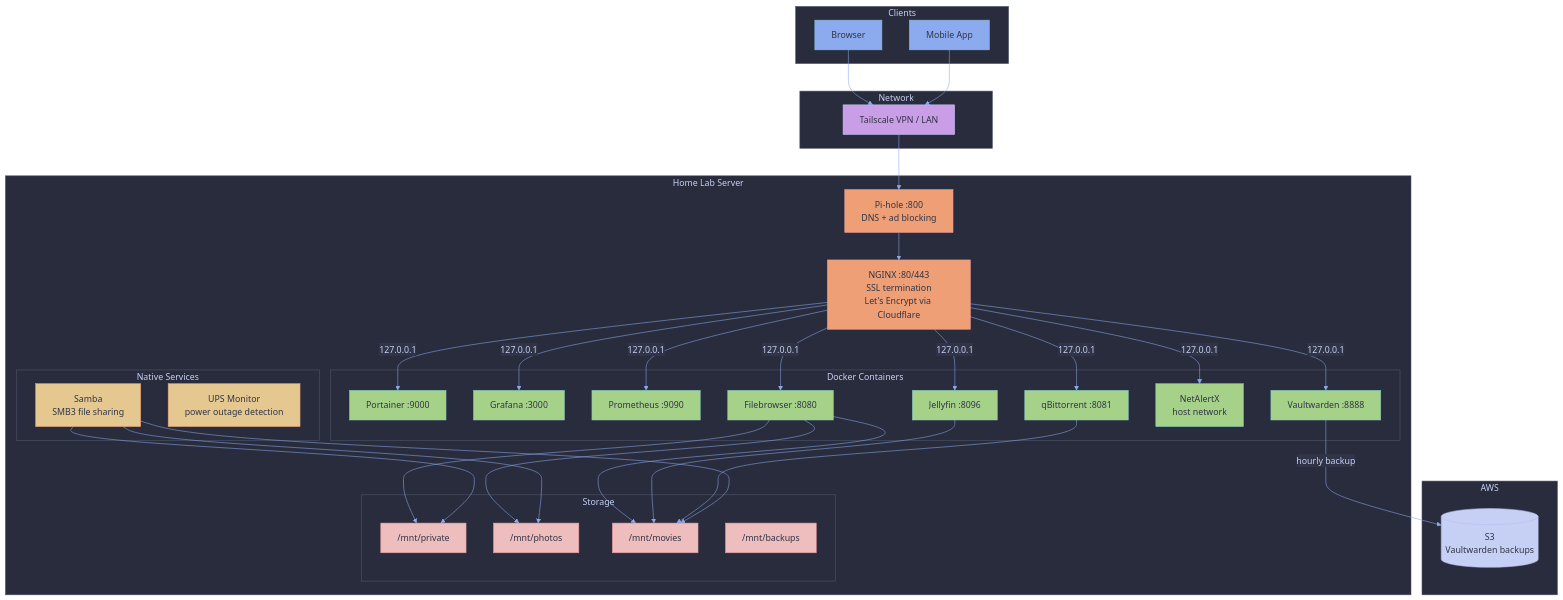
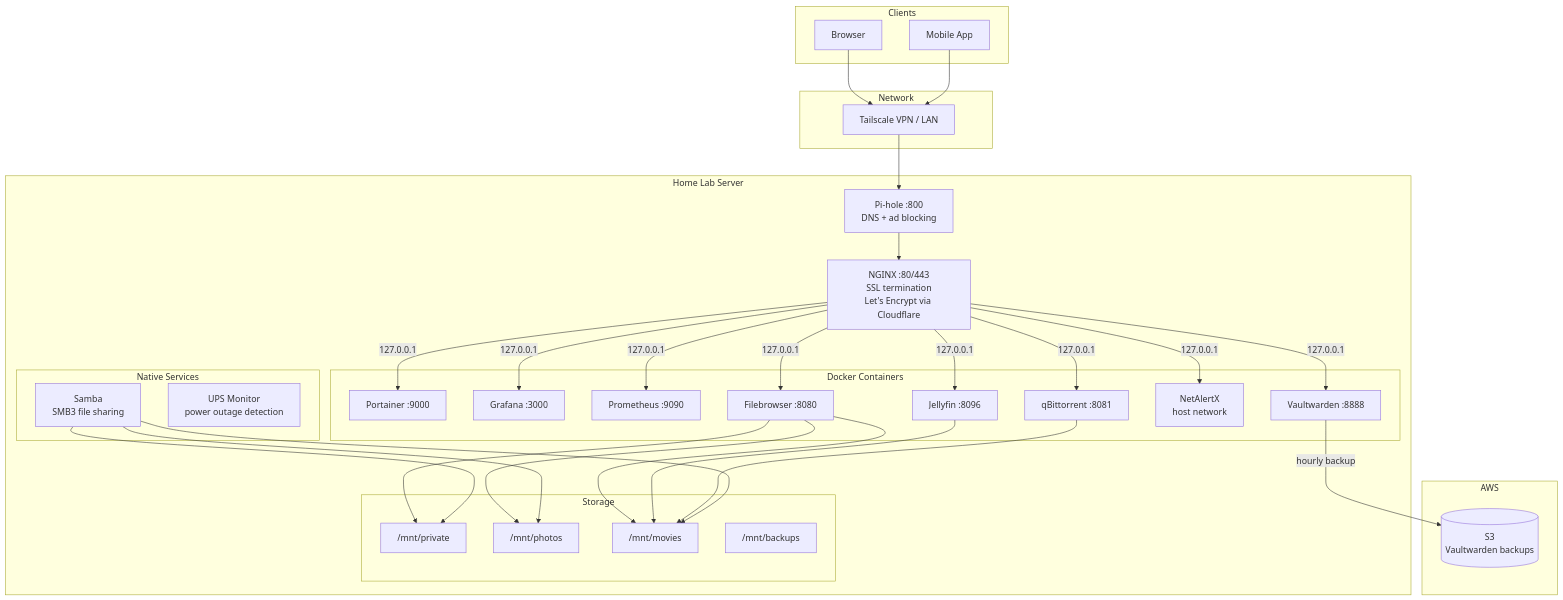
The diagram in README.md (denesbeck/home-lab-ansible), drawn with Mermaid before and after one commit.

Commit message:
docs: remove custom colors

````diff
--- a/README.md
+++ b/README.md
@@ -28,75 +28,53 @@
 ```mermaid
-%%{init: {'theme': 'base', 'themeVariables': {'primaryColor': '#414559', 'primaryTextColor': '#c6d0f5', 'primaryBorderColor': '#51576d', 'lineColor': '#8caaee', 'secondaryColor': '#414559', 'tertiaryColor': '#414559', 'mainBkg': '#303446', 'nodeBorder': '#51576d', 'clusterBkg': '#292c3c', 'clusterBorder': '#51576d', 'titleColor': '#c6d0f5', 'edgeLabelBackground': '#303446'}}}%%
 graph TD
     subgraph Clients
         A1[Browser]
         A2[Mobile App]
     end
 
     subgraph Network
         B[Tailscale VPN / LAN]
     end
 
     subgraph Home Lab Server
         C[Pi-hole :800<br/>DNS + ad blocking]
         D[NGINX :80/443<br/>SSL termination<br/>Let's Encrypt via Cloudflare]
 
         subgraph Docker Containers
             E1[Portainer :9000]
             E2[Grafana :3000]
             E3[Prometheus :9090]
             E4[qBittorrent :8081]
             E5[Filebrowser :8080]
             E6[Jellyfin :8096]
             E7[NetAlertX<br/>host network]
             E8[Vaultwarden :8888]
         end
 
         subgraph Native Services
             F1[Samba<br/>SMB3 file sharing]
             F2[UPS Monitor<br/>power outage detection]
         end
 
         subgraph Storage
             G1["/mnt/private"]
             G2["/mnt/photos"]
             G3["/mnt/movies"]
             G4["/mnt/backups"]
         end
     end
 
     subgraph AWS
         H[(S3<br/>Vaultwarden backups)]
     end
 
     A1 & A2 --> B
     B --> C
     C --> D
     D -->|127.0.0.1| E1 & E2 & E3 & E4 & E5 & E6 & E7 & E8
     E5 --> G1 & G2 & G3
     E6 --> G3
     E4 --> G3
     F1 --> G1 & G2 & G3
     E8 -->|hourly backup| H
-
-    style A1 fill:#8caaee,stroke:#85c1dc,color:#303446
-    style A2 fill:#8caaee,stroke:#85c1dc,color:#303446
-    style B fill:#ca9ee6,stroke:#babbf1,color:#303446
-    style C fill:#ef9f76,stroke:#ea999c,color:#303446
-    style D fill:#ef9f76,stroke:#ea999c,color:#303446
-    style E1 fill:#a6d189,stroke:#81c8be,color:#303446
-    style E2 fill:#a6d189,stroke:#81c8be,color:#303446
-    style E3 fill:#a6d189,stroke:#81c8be,color:#303446
-    style E4 fill:#a6d189,stroke:#81c8be,color:#303446
-    style E5 fill:#a6d189,stroke:#81c8be,color:#303446
-    style E6 fill:#a6d189,stroke:#81c8be,color:#303446
-    style E7 fill:#a6d189,stroke:#81c8be,color:#303446
-    style E8 fill:#a6d189,stroke:#81c8be,color:#303446
-    style F1 fill:#e5c890,stroke:#ef9f76,color:#303446
-    style F2 fill:#e5c890,stroke:#ef9f76,color:#303446
-    style G1 fill:#eebebe,stroke:#ea999c,color:#303446
-    style G2 fill:#eebebe,stroke:#ea999c,color:#303446
-    style G3 fill:#eebebe,stroke:#ea999c,color:#303446
-    style G4 fill:#eebebe,stroke:#ea999c,color:#303446
-    style H fill:#c6d0f5,stroke:#babbf1,color:#303446
 ```
````
